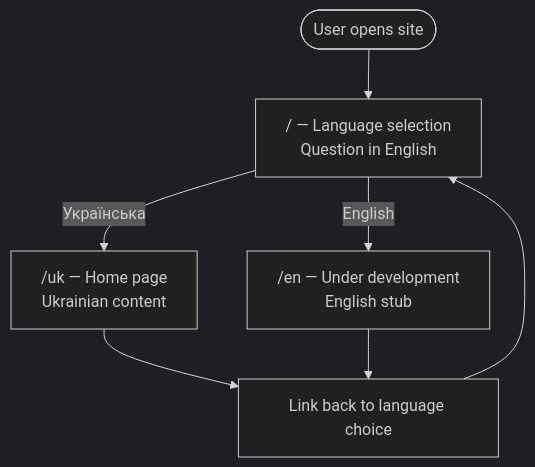
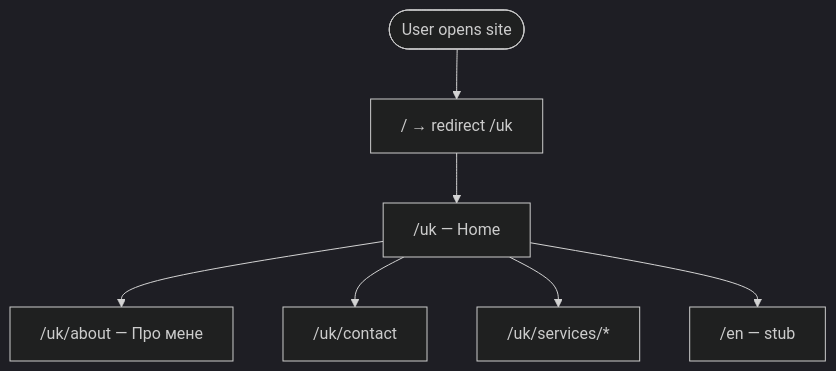
Before and after one commit to anton-cheg-pro/ifa: the third of 8 diagrams in docs/architecture.md, drawn with Mermaid (dark theme). The commit also changed other lines of this file and 6 other files, not shown here.

First line of the commit message:
Homepage CTAs, favicon, and architecture docs update.

````diff
--- a/docs/architecture.md
+++ b/docs/architecture.md
@@ -121,15 +140,16 @@
 ```mermaid
 flowchart TD
   START([User opens site])
-  LANG["/ — Language selection<br/>Question in English"]
-  UK["/uk — Home page<br/>Ukrainian content"]
-  EN["/en — Under development<br/>English stub"]
-  BACK[Link back to language choice]
+  ROOT["/ → redirect /uk"]
+  UK["/uk — Home"]
+  ABOUT["/uk/about — Про мене"]
+  CONTACT["/uk/contact"]
+  SERVICES["/uk/services/*"]
+  EN["/en — stub"]
 
-  START --> LANG
-  LANG -->|Українська| UK
-  LANG -->|English| EN
-  UK --> BACK
-  EN --> BACK
-  BACK --> LANG
+  START --> ROOT --> UK
+  UK --> ABOUT
+  UK --> CONTACT
+  UK --> SERVICES
+  UK --> EN
 ```
````
